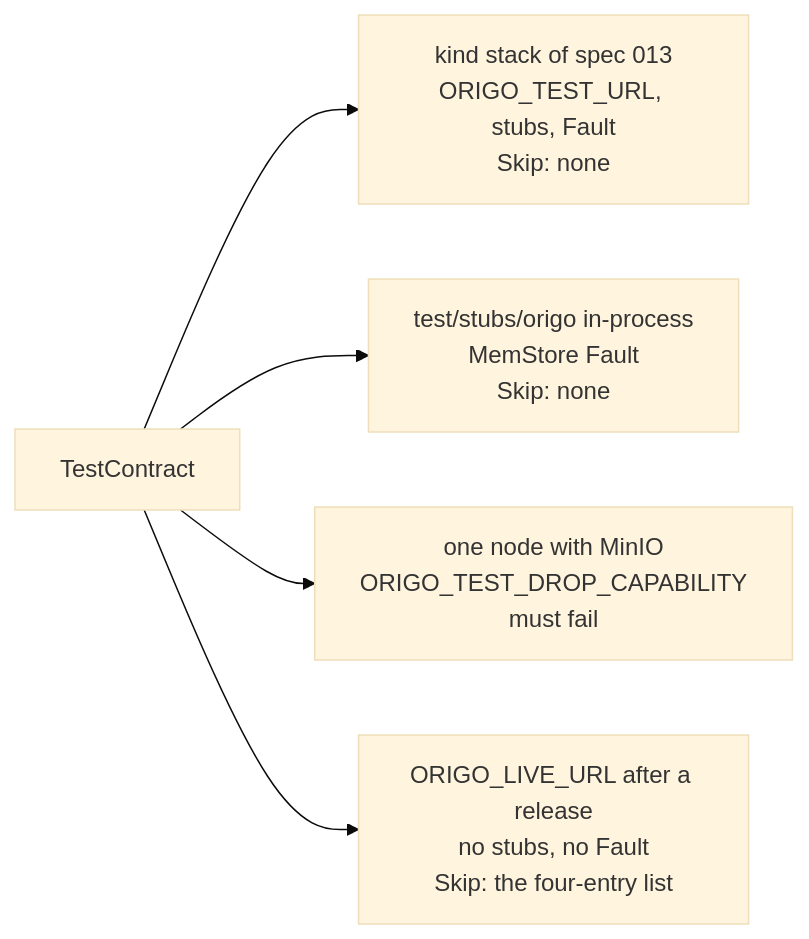
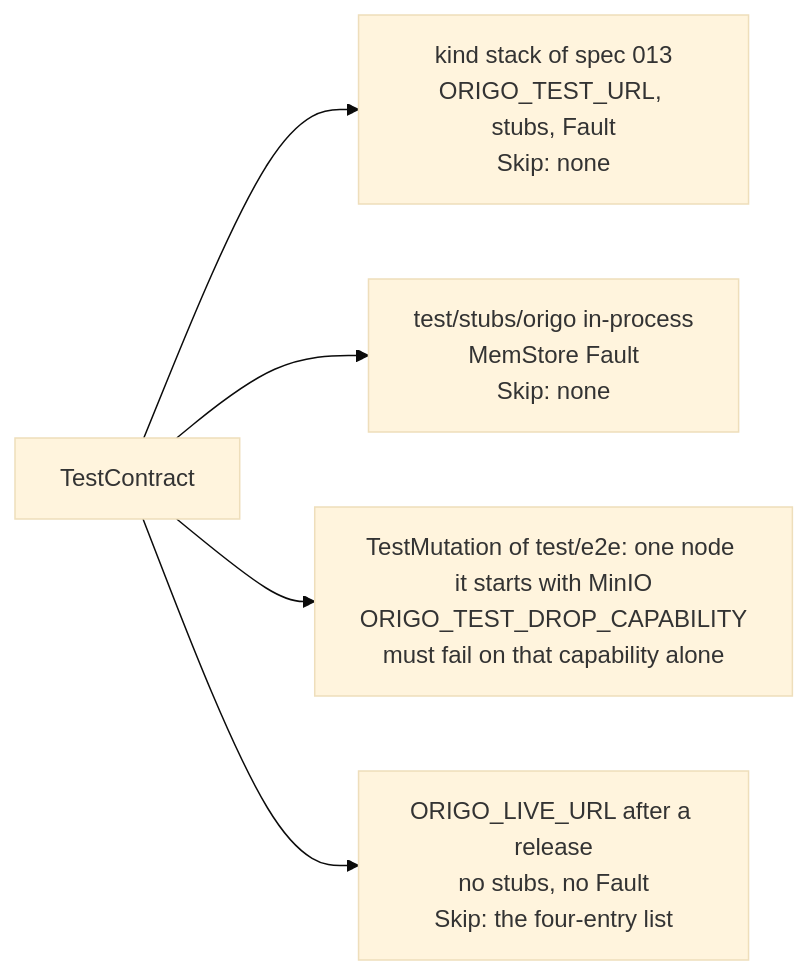
The diagram in specs/021-conformance-suite.md (latere-ai/origo), drawn with Mermaid (base theme) before and after one commit. The commit also changed other lines of this file, not shown here.

Commit message:
specs(021): TestContract carries the e2e tag, skips when nothing answers, and targets ORIGO_LIVE_URL when set; TestMutation in test/e2e is the mutation job's test

````diff
--- a/specs/021-conformance-suite.md
+++ b/specs/021-conformance-suite.md
@@ -184,7 +202,7 @@
 ```mermaid
 flowchart LR
   C[TestContract] --> K[kind stack of spec 013<br/>ORIGO_TEST_URL, stubs, Fault<br/>Skip: none]
   C --> S[test/stubs/origo in-process<br/>MemStore Fault<br/>Skip: none]
-  C --> M[one node with MinIO<br/>ORIGO_TEST_DROP_CAPABILITY<br/>must fail]
+  C --> M[TestMutation of test/e2e: one node it starts with MinIO<br/>ORIGO_TEST_DROP_CAPABILITY<br/>must fail on that capability alone]
   C --> L[ORIGO_LIVE_URL after a release<br/>no stubs, no Fault<br/>Skip: the four-entry list]
 ```
````
